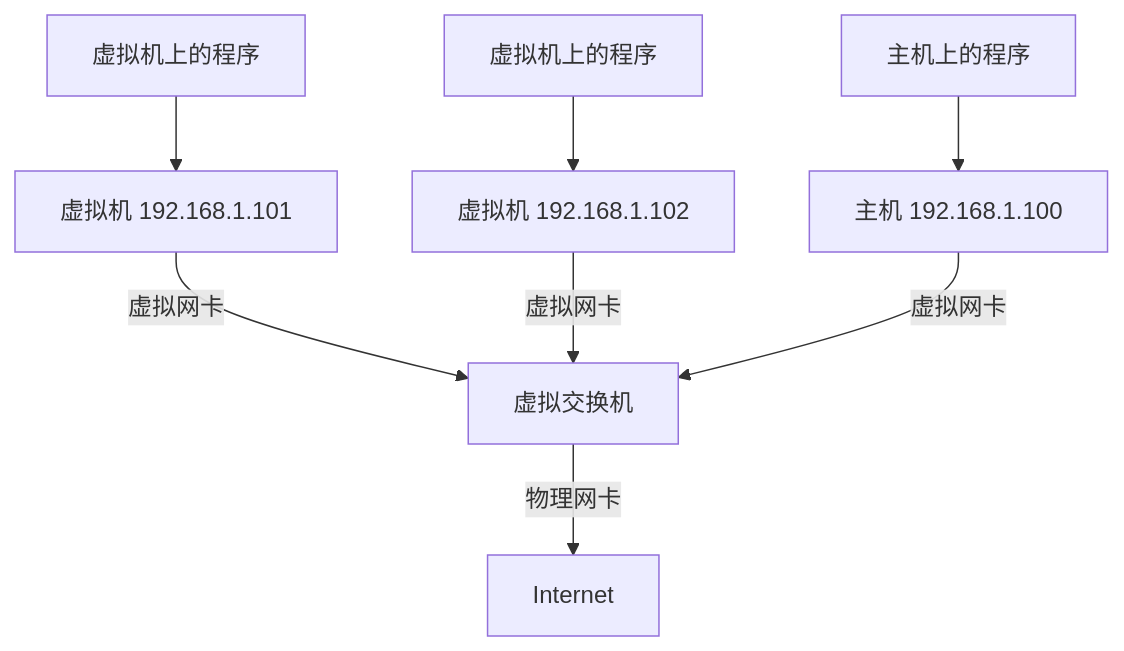
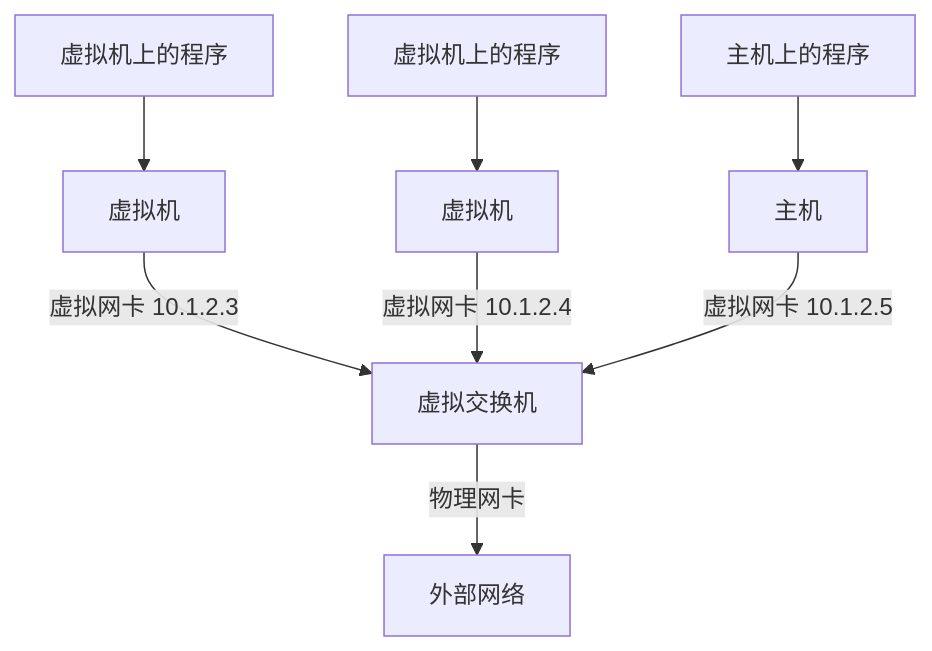
One commit to ustclug/Linux101-docs changed the first of 3 diagrams in docs/Ch01/supplement.md. Above: the diagram before and after it, drawn with Mermaid. The commit also changed other lines of this file, not shown here.

Commit message:
Fix Internet -> 外部网络

````diff
--- a/docs/Ch01/supplement.md
+++ b/docs/Ch01/supplement.md
@@ -555,10 +555,10 @@
 ```mermaid
 flowchart TD
     VMP1[虚拟机上的程序] --> VM1
     VMP2[虚拟机上的程序] --> VM2
     HSP[主机上的程序] --> HS
-    VM1[虚拟机 192.168.1.101] -->|虚拟网卡| SW[虚拟交换机]
-    VM2[虚拟机 192.168.1.102] -->|虚拟网卡| SW[虚拟交换机]
-    HS[主机 192.168.1.100] -->|虚拟网卡| SW[虚拟交换机]
-    SW -->|物理网卡| IN[Internet]
+    VM1[虚拟机] -->|虚拟网卡 10.1.2.3| SW[虚拟交换机]
+    VM2[虚拟机] -->|虚拟网卡 10.1.2.4| SW[虚拟交换机]
+    HS[主机] -->|虚拟网卡 10.1.2.5| SW[虚拟交换机]
+    SW -->|物理网卡| IN[外部网络]
 ```
````
